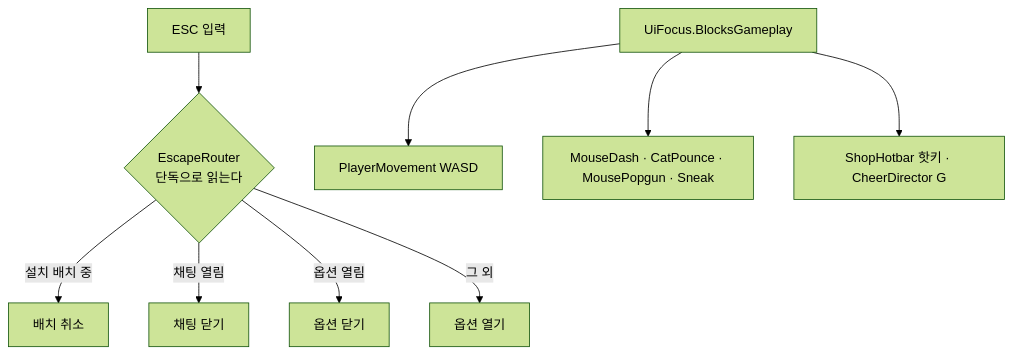
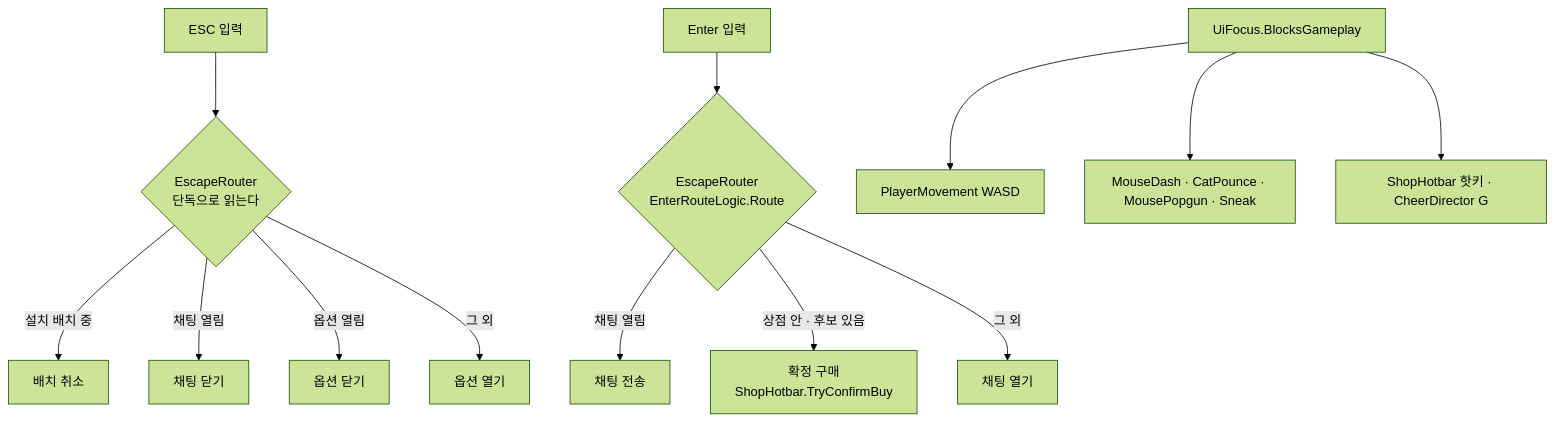
One commit to JeahanPark/The-Cheese-Thief-and-the-Cat changed diagram 29 of 33 in CTC/docs/design-vault/코드 다이어그램.md. Above: the diagram before and after it, drawn with Mermaid (forest theme). The commit also changed other lines of this file and 16 other files, not shown here.

First line of the commit message:
fix(input): Enter 단독 소유자를 EscapeRouter로 — 채팅 열기와 확정 구매가 같은 프레임에 겹치던 것

````diff
--- a/CTC/docs/design-vault/코드 다이어그램.md
+++ b/CTC/docs/design-vault/코드 다이어그램.md
@@ -1366,12 +1374,17 @@
 ```mermaid
 flowchart TD
     ESC[ESC 입력] --> R{EscapeRouter<br/>단독으로 읽는다}
     R -->|설치 배치 중| C1[배치 취소]
     R -->|채팅 열림| C2[채팅 닫기]
     R -->|옵션 열림| C3[옵션 닫기]
     R -->|그 외| C4[옵션 열기]
 
+    ENT[Enter 입력] --> R2{EscapeRouter<br/>EnterRouteLogic.Route}
+    R2 -->|채팅 열림| E1[채팅 전송]
+    R2 -->|상점 안 · 후보 있음| E2[확정 구매<br/>ShopHotbar.TryConfirmBuy]
+    R2 -->|그 외| E3[채팅 열기]
+
     UF[UiFocus.BlocksGameplay] --> G1[PlayerMovement WASD]
     UF --> G2[MouseDash · CatPounce · MousePopgun · Sneak]
     UF --> G3[ShopHotbar 핫키 · CheerDirector G]
 ```
````
